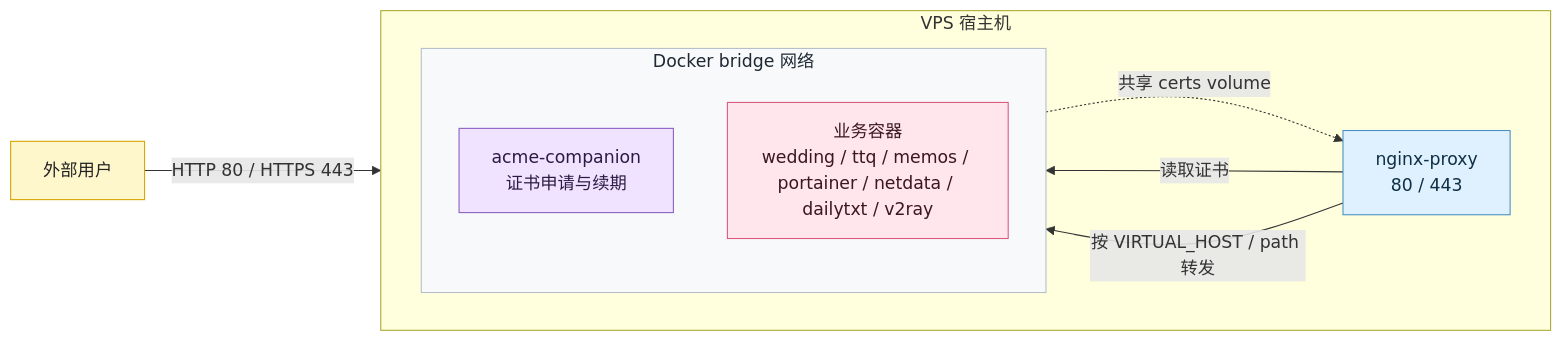
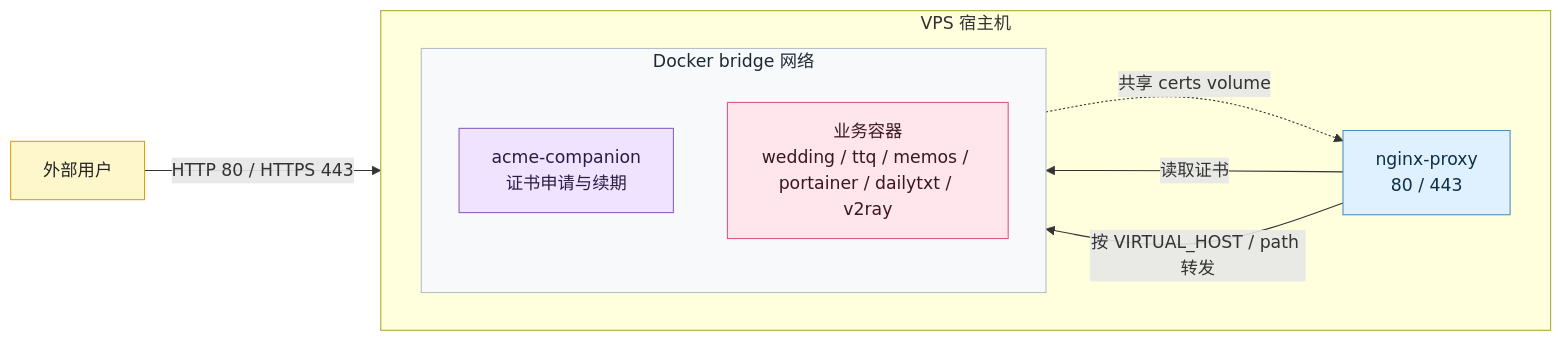
The first of 12 diagrams in _posts/2026-06-08-vps-docker-panorama-v2ray-v4-to-v5-upgrade.md (puppylpg/puppylpg.github.io), drawn with Mermaid before and after one commit. The commit also changed other lines of this file, not shown here.

Commit message:
Update V2Ray 5 Docker article

````diff
--- a/_posts/2026-06-08-vps-docker-panorama-v2ray-v4-to-v5-upgrade.md
+++ b/_posts/2026-06-08-vps-docker-panorama-v2ray-v4-to-v5-upgrade.md
@@ -22,31 +22,31 @@
 ```mermaid
 flowchart LR
     users[外部用户]
 
     subgraph host[VPS 宿主机]
         direction LR
         proxy[nginx-proxy<br/>80 / 443]
 
         subgraph docker[Docker bridge 网络]
             direction TB
             acme[acme-companion<br/>证书申请与续期]
-            apps[业务容器<br/>wedding / ttq / memos / portainer / netdata / dailytxt / v2ray]
+            apps[业务容器<br/>wedding / ttq / memos / portainer / dailytxt / v2ray]
         end
     end
 
     users -->|HTTP 80 / HTTPS 443| proxy
     proxy -->|读取证书| acme
     proxy -->|按 VIRTUAL_HOST / path 转发| apps
     acme -. 共享 certs volume .-> proxy
 
     classDef user fill:#fff7cc,stroke:#d6a500,color:#222;
     classDef gateway fill:#dff1ff,stroke:#4a90c2,color:#0f2f44;
     classDef docker fill:#f8f9fb,stroke:#b6beca,color:#1f2933;
     classDef cert fill:#efe3ff,stroke:#8b5fbf,color:#2d1b44;
     classDef app fill:#ffe5ec,stroke:#d85a7f,color:#3b1723;
     class users user;
     class proxy gateway;
     class docker docker;
     class acme cert;
     class apps app;
 ```
````
